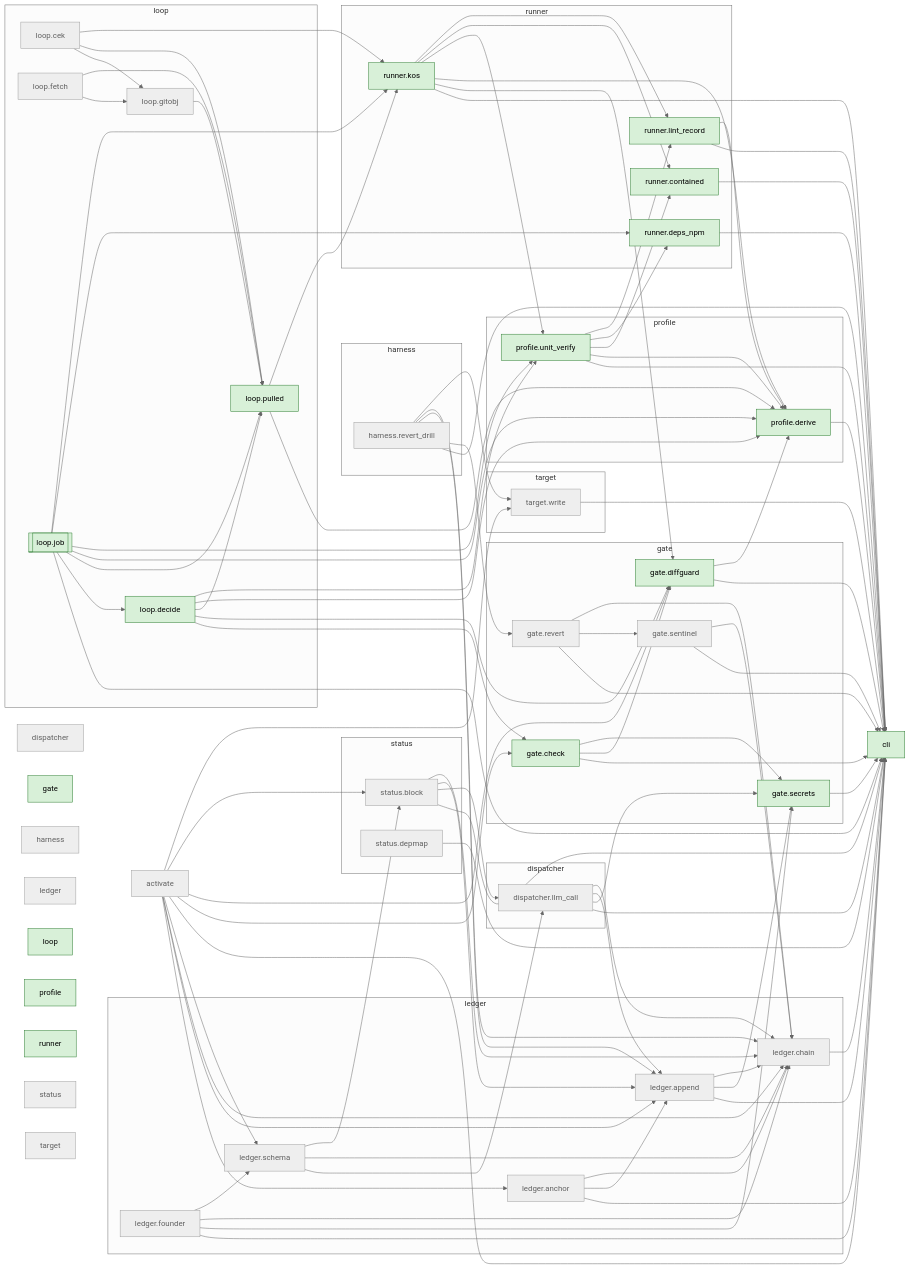
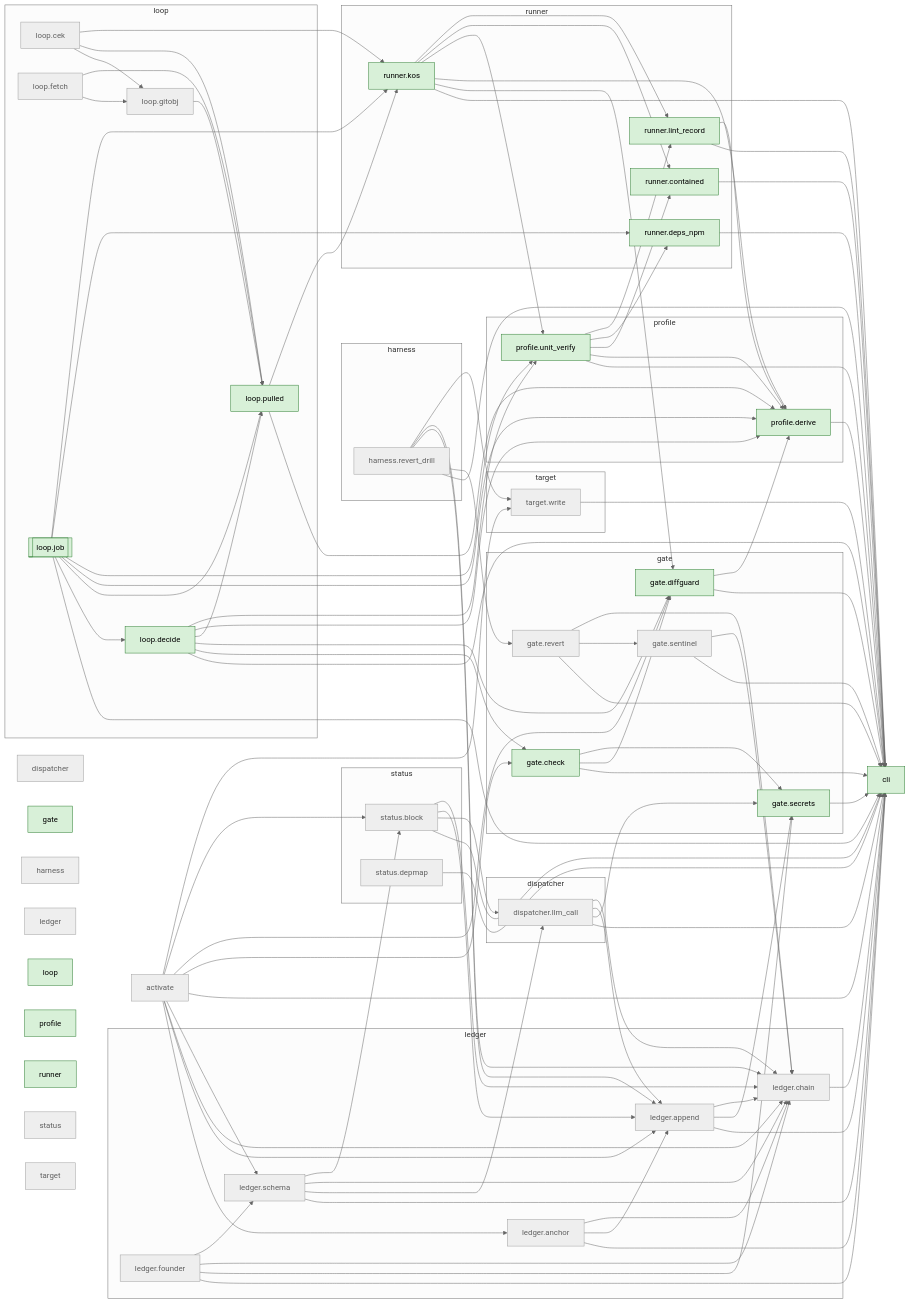
Before and after one commit to Okan-wqm/snowball-rehearsal-brain: the diagram in docs/map/brain.md, drawn with Mermaid (neutral theme). The commit also changed other lines of this file and 25 other files, not shown here.

```diff
--- a/docs/map/brain.md
+++ b/docs/map/brain.md
@@ -108,12 +108,14 @@
   n16 --> n8
   n16 --> n15
   n16 --> n17
+  n17 --> n1
   n17 --> n3
   n17 --> n15
   n17 --> n34
   n19 --> n22
   n19 --> n24
   n19 --> n31
+  n20 --> n1
   n20 --> n5
   n20 --> n6
   n20 --> n24
```
